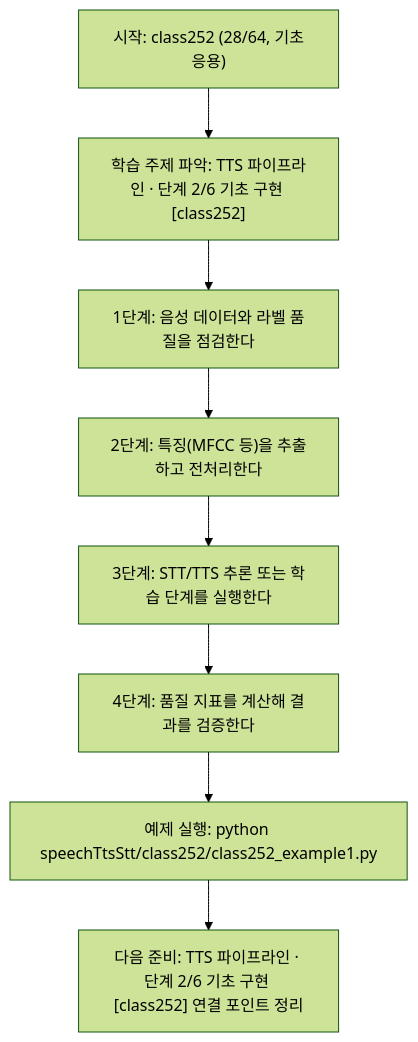
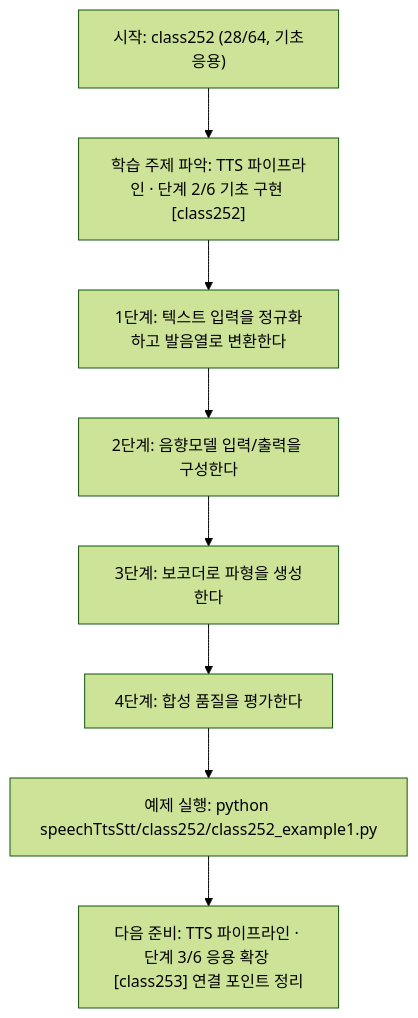
The diagram in speechTtsStt/class252/class252.md (edumgt/Python-AI_Agent-Class), drawn with Mermaid (forest theme) before and after one commit. The commit also changed other lines of this file and 1122 other files, not shown here.

````diff
--- a/speechTtsStt/class252/class252.md
+++ b/speechTtsStt/class252/class252.md
@@ -113,18 +95,18 @@
 ```mermaid
 flowchart TD
 N1["시작: class252 (28/64, 기초응용)"]
 N2["학습 주제 파악: TTS 파이프라인 · 단계 2/6 기초 구현 [class252]"]
-N3["1단계: 음성 데이터와 라벨 품질을 점검한다"]
-N4["2단계: 특징(MFCC 등)을 추출하고 전처리한다"]
-N5["3단계: STT/TTS 추론 또는 학습 단계를 실행한다"]
-N6["4단계: 품질 지표를 계산해 결과를 검증한다"]
+N3["1단계: 텍스트 입력을 정규화하고 발음열로 변환한다"]
+N4["2단계: 음향모델 입력/출력을 구성한다"]
+N5["3단계: 보코더로 파형을 생성한다"]
+N6["4단계: 합성 품질을 평가한다"]
 N7["예제 실행: python speechTtsStt/class252/class252_example1.py"]
-N8["다음 준비: TTS 파이프라인 · 단계 2/6 기초 구현 [class252] 연결 포인트 정리"]
+N8["다음 준비: TTS 파이프라인 · 단계 3/6 응용 확장 [class253] 연결 포인트 정리"]
 N1 --> N2
 N2 --> N3
 N3 --> N4
 N4 --> N5
 N5 --> N6
 N6 --> N7
 N7 --> N8
 ```
````
